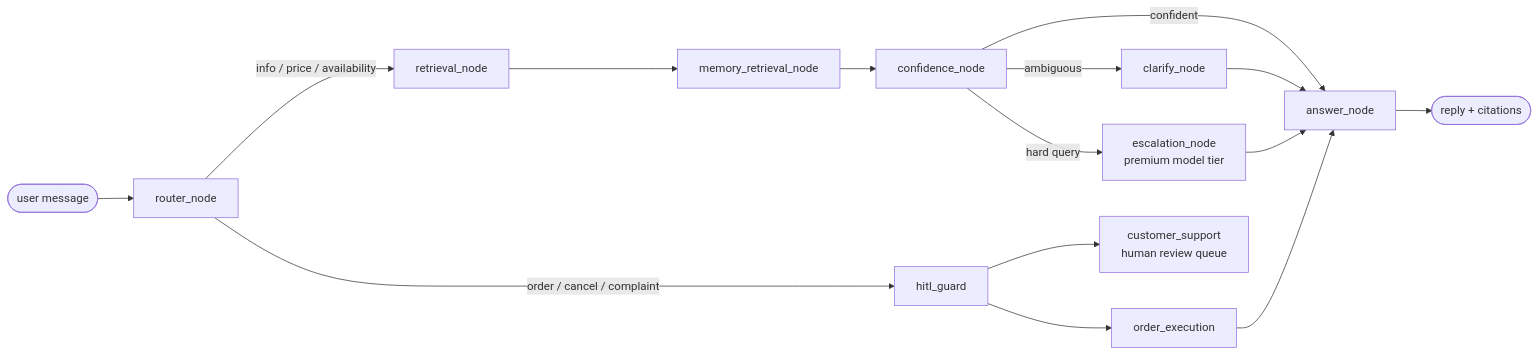
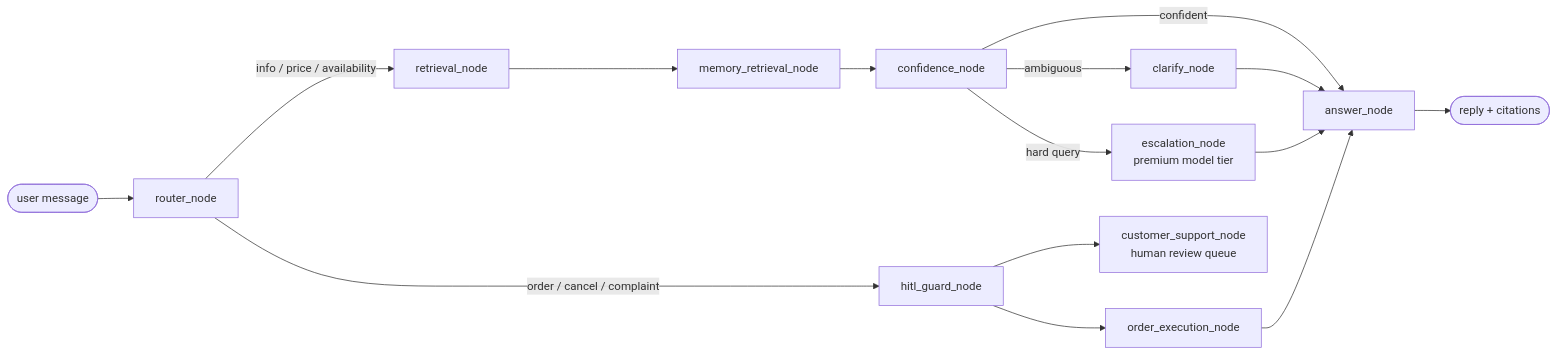
One commit to ThaiG2Pro/ai-agent-sale-v2 changed the diagram in README.md. Above: the diagram before and after it, drawn with Mermaid. The commit also changed 2 other files, not shown here.

Commit message:
docs: real node names in README diagram; fix ADR-003 Article VI mix-up; refresh stack digest

````diff
--- a/README.md
+++ b/README.md
@@ -37,14 +37,14 @@
 ```mermaid
 flowchart LR
     START([user message]) --> R[router_node]
     R -->|info / price / availability| RET[retrieval_node]
-    R -->|order / cancel / complaint| HG[hitl_guard]
+    R -->|order / cancel / complaint| HG[hitl_guard_node]
     RET --> MEM[memory_retrieval_node]
     MEM --> C[confidence_node]
     C -->|confident| A[answer_node]
     C -->|ambiguous| CL[clarify_node] --> A
     C -->|hard query| E[escalation_node<br/>premium model tier] --> A
-    HG --> OE[order_execution] --> A
-    HG --> CS[customer_support<br/>human review queue]
+    HG --> OE[order_execution_node] --> A
+    HG --> CS[customer_support_node<br/>human review queue]
     A --> END([reply + citations])
 ```
````
